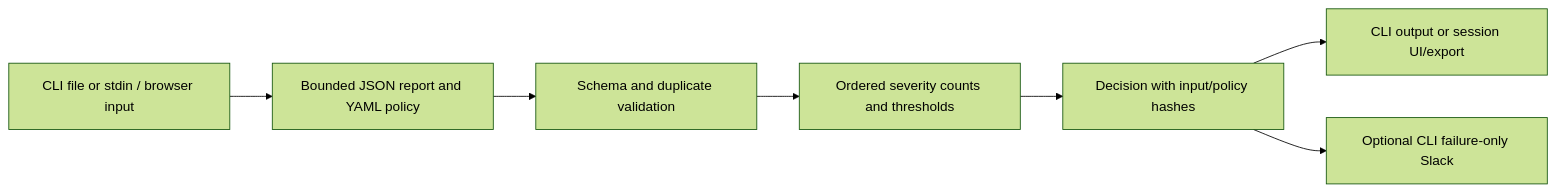
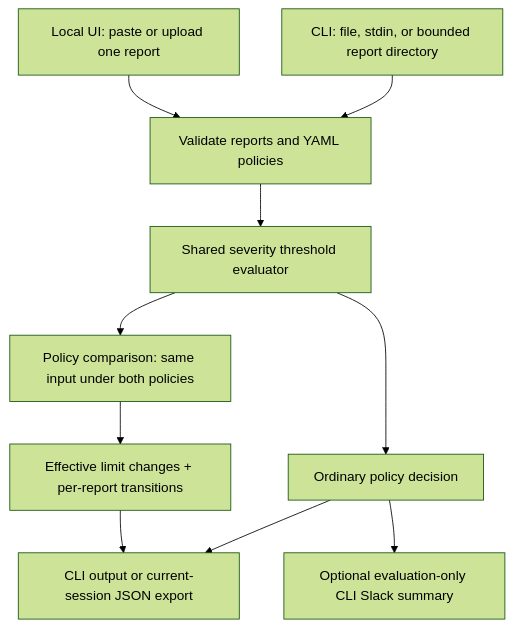
The diagram in architecture.md (theprideofwolves/vanguard), drawn with Mermaid (forest theme) before and after one commit. The commit also changed other lines of this file and 43 other files, not shown here.

````diff
--- a/architecture.md
+++ b/architecture.md
@@ -3,9 +7,12 @@
 ```mermaid
-flowchart LR
-    A[CLI file or stdin / browser input] --> B[Bounded JSON report and YAML policy]
-    B --> C[Schema and duplicate validation]
-    C --> D[Ordered severity counts and thresholds]
-    D --> E[Decision with input/policy hashes]
-    E --> F[CLI output or session UI/export]
-    E --> G[Optional CLI failure-only Slack]
+flowchart TD
+    CLI[CLI: file, stdin, or bounded report directory] --> V[Validate reports and YAML policies]
+    UI[Local UI: paste or upload one report] --> V
+    V --> E[Shared severity threshold evaluator]
+    E --> D[Ordinary policy decision]
+    E --> P[Policy comparison: same input under both policies]
+    P --> L[Effective limit changes + per-report transitions]
+    D --> O[CLI output or current-session JSON export]
+    L --> O
+    D --> S[Optional evaluation-only CLI Slack summary]
 ```
````
